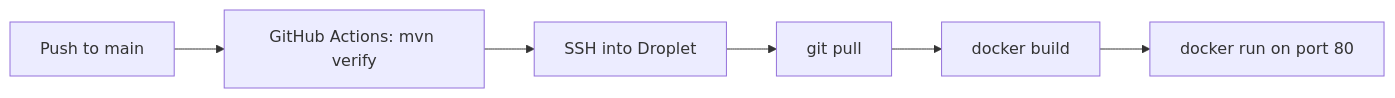
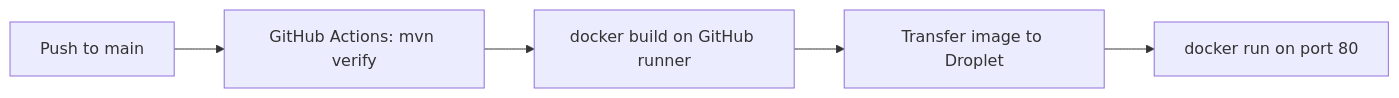
One commit to Prajal12345/feature-flags-api changed the second of 2 diagrams in README.md. Above: the diagram before and after it, drawn with Mermaid. The commit also changed other lines of this file and 1 other file, not shown here.

First line of the commit message:
Fix deploy by building Docker image on GitHub Actions.

````diff
--- a/README.md
+++ b/README.md
@@ -226,8 +226,7 @@
 ```mermaid
 flowchart LR
     A[Push to main] --> B[GitHub Actions: mvn verify]
-    B --> C[SSH into Droplet]
-    C --> D[git pull]
-    D --> E[docker build]
-    E --> F[docker run on port 80]
+    B --> C[docker build on GitHub runner]
+    C --> D[Transfer image to Droplet]
+    D --> E[docker run on port 80]
 ```
````
